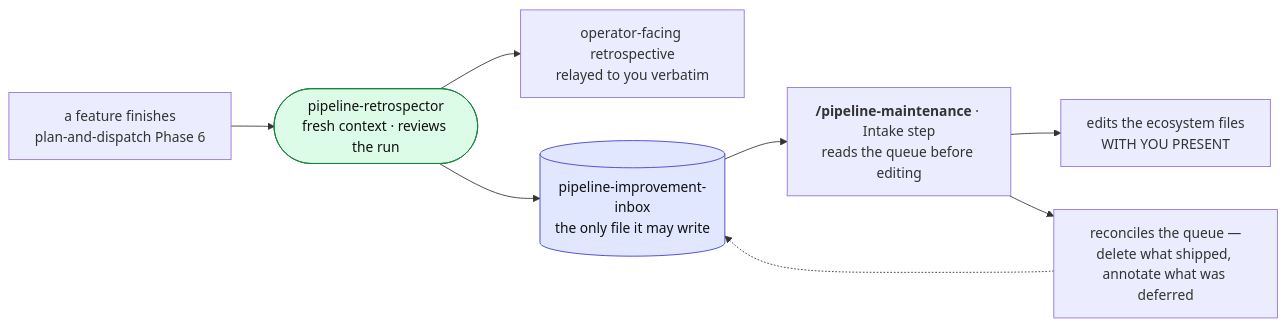
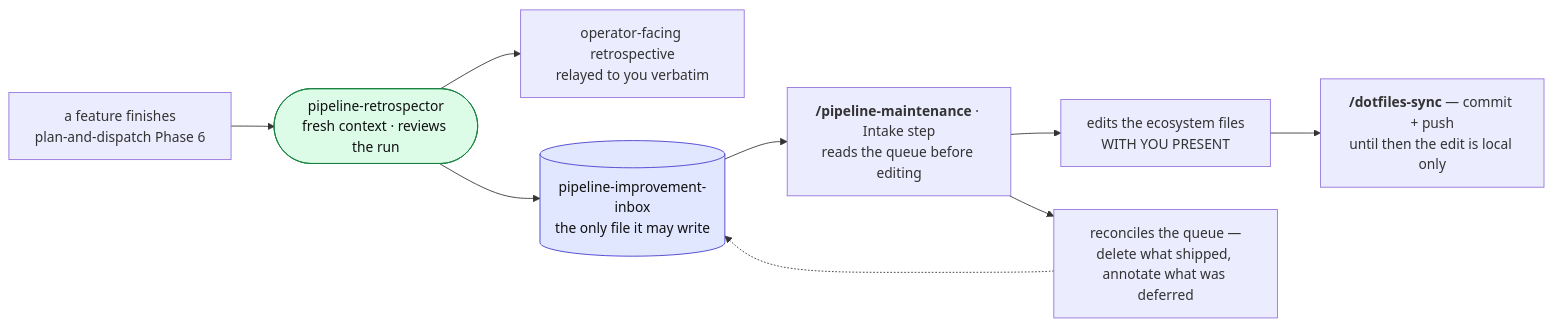
The fourth of 4 diagrams in .claude/PIPELINE.md (var-pi/dotfiles), drawn with Mermaid before and after one commit. The commit also changed other lines of this file and 1 other file, not shown here.

````diff
--- a/.claude/PIPELINE.md
+++ b/.claude/PIPELINE.md
@@ -215,15 +218,16 @@
 ```mermaid
 flowchart LR
     RUN["a feature finishes<br/>plan-and-dispatch Phase 6"] --> R(["pipeline-retrospector<br/>fresh context · reviews the run"])
     R --> OP["operator-facing retrospective<br/>relayed to you verbatim"]
     R --> IN[("pipeline-improvement-inbox<br/>the only file it may write")]
     IN --> PM["<b>/pipeline-maintenance</b> · Intake step<br/>reads the queue before editing"]
     PM --> FILES["edits the ecosystem files<br/>WITH YOU PRESENT"]
     PM --> REC["reconciles the queue —<br/>delete what shipped, annotate what was deferred"]
+    FILES --> SYNC["<b>/dotfiles-sync</b> — commit + push<br/>until then the edit is local only"]
     REC -.-> IN
 
     classDef store fill:#e0e7ff,stroke:#4338ca,color:#111;
     classDef agent fill:#dcfce7,stroke:#15803d,color:#111;
     class IN store;
     class R agent;
 ```
````
